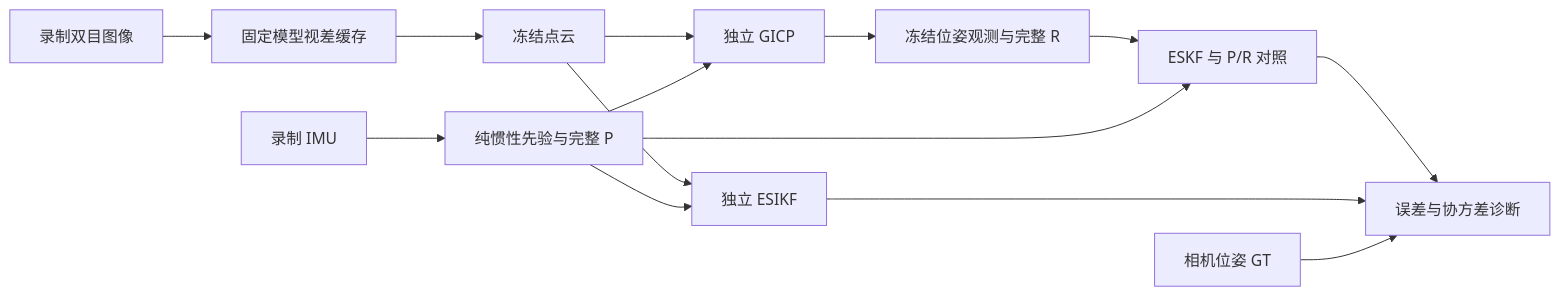
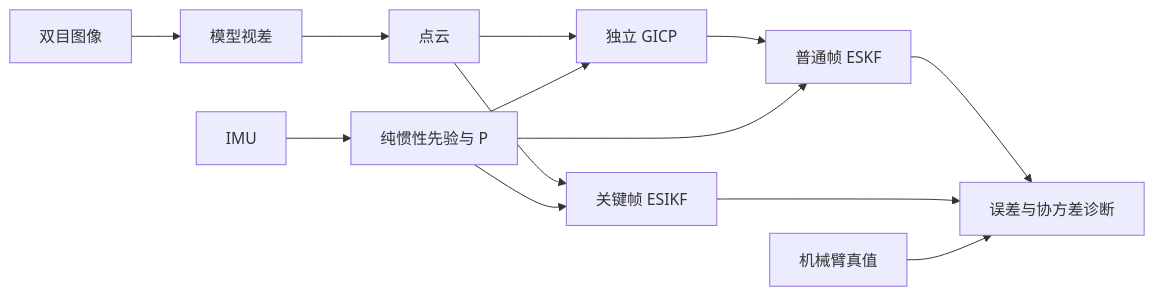
One commit to SaxonShang/kalman-fusion-lab changed the diagram in README.md. Above: the diagram before and after it, drawn with Mermaid. The commit also changed other lines of this file and 31 other files, not shown here.

````diff
--- a/README.md
+++ b/README.md
@@ -27,16 +16,15 @@
 ```mermaid
 flowchart LR
-  Stereo[录制双目图像] --> Disp[固定模型视差缓存]
-  Disp --> Cloud[冻结点云]
-  IMU[录制 IMU] --> Prior[纯惯性先验与完整 P]
+  Stereo[双目图像] --> Disp[模型视差]
+  Disp --> Cloud[点云]
+  IMU[IMU] --> Prior[纯惯性先验与 P]
   Cloud --> GICP[独立 GICP]
   Prior --> GICP
-  GICP --> Obs[冻结位姿观测与完整 R]
-  Obs --> ESKF[ESKF 与 P/R 对照]
+  GICP --> ESKF[普通帧 ESKF]
   Prior --> ESKF
-  Cloud --> ESIKF[独立 ESIKF]
+  Cloud --> ESIKF[关键帧 ESIKF]
   Prior --> ESIKF
   ESKF --> Report[误差与协方差诊断]
   ESIKF --> Report
-  GT[相机位姿 GT] --> Report
+  GT[机械臂真值] --> Report
 ```
````
